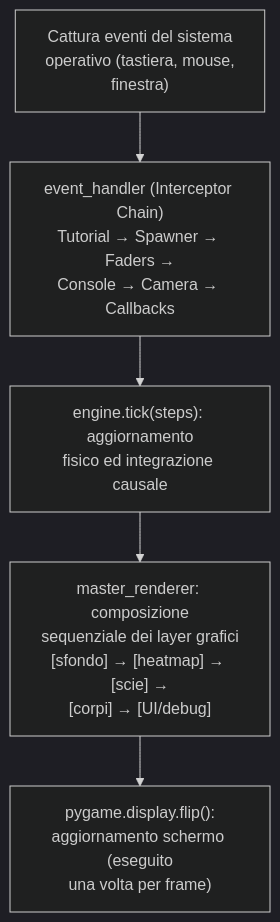
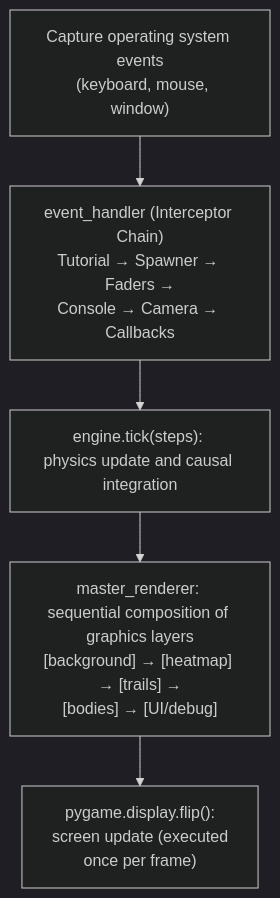
One commit to alessandro-pioli/AstroCausal_Engine changed the tenth of 11 diagrams in ARCHITECTURE_DEEP_DIVE.md. Above: the diagram before and after it, drawn with Mermaid (dark theme). The commit also changed other lines of this file and 5 other files, not shown here.

````diff
--- a/ARCHITECTURE_DEEP_DIVE.md
+++ b/ARCHITECTURE_DEEP_DIVE.md
@@ -767,7 +770,7 @@
 ```mermaid
 flowchart TD
-    A["Cattura eventi del sistema<br/>operativo (tastiera, mouse,<br/>finestra)"] --> B["event_handler (Interceptor Chain)<br/>Tutorial → Spawner → Faders →<br/>Console → Camera → Callbacks"]
-    B --> C["engine.tick(steps): aggiornamento<br/>fisico ed integrazione causale"]
-    C --> D["master_renderer: composizione<br/>sequenziale dei layer grafici<br/>[sfondo] → [heatmap] → [scie] →<br/>[corpi] → [UI/debug]"]
-    D --> E["pygame.display.flip():<br/>aggiornamento schermo (eseguito<br/>una volta per frame)"]
+    A["Capture operating system events<br/> (keyboard, mouse,<br/>window)"] --> B["event_handler (Interceptor Chain)<br/>Tutorial → Spawner → Faders →<br/>Console → Camera → Callbacks"]
+    B --> C["engine.tick(steps): <BR/>physics update and causal integration"]
+    C --> D["master_renderer: <BR/>sequential composition of graphics layers<BR/>[background] → [heatmap] → [trails] →<BR/>[bodies] → [UI/debug]"]
+    D --> E["pygame.display.flip():<br/>screen update (executed<br/>once per frame)"]
 ```
````
